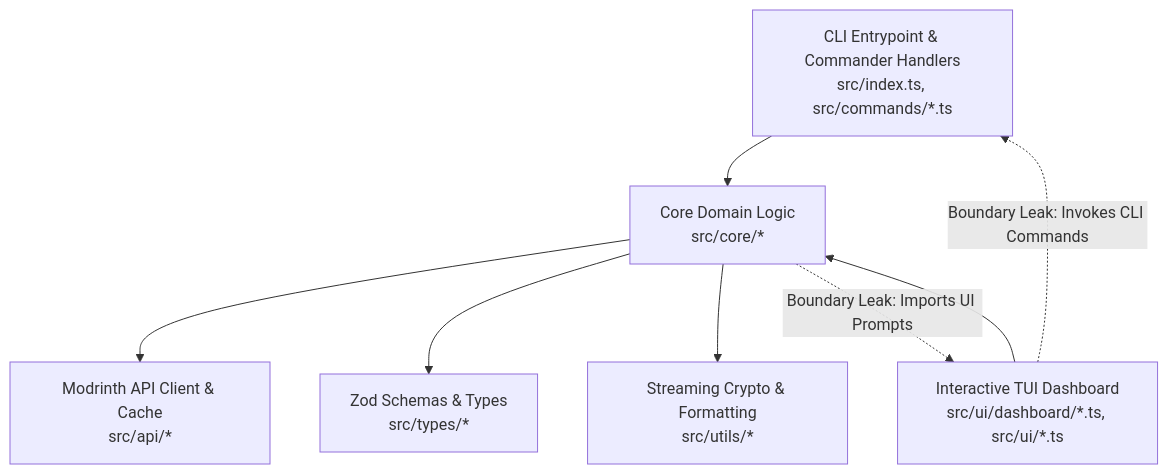
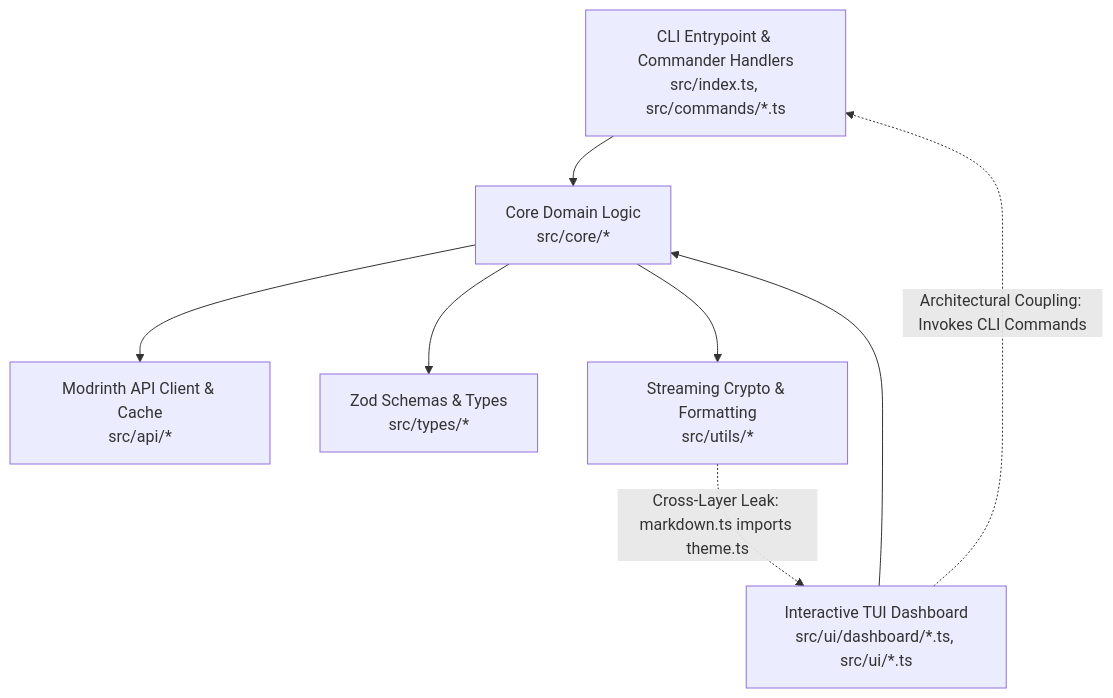
Before and after one commit to 2Hafast8/LoadModer: the diagram in docs/audits/architecture-code-quality-audit-2026-10-02.md, drawn with Mermaid. The commit also changed other lines of this file, not shown here.

Commit message:
docs(audit): complete architecture and code quality audit report

````diff
--- a/docs/audits/architecture-code-quality-audit-2026-10-02.md
+++ b/docs/audits/architecture-code-quality-audit-2026-10-02.md
@@ -60,10 +62,10 @@
 ```mermaid
 graph TD
     CLI[CLI Entrypoint & Commander Handlers<br/>src/index.ts, src/commands/*.ts] --> CORE[Core Domain Logic<br/>src/core/*]
     TUI[Interactive TUI Dashboard<br/>src/ui/dashboard/*.ts, src/ui/*.ts] --> CORE
-    TUI -.->|Boundary Leak: Invokes CLI Commands| CLI
+    TUI -.->|Architectural Coupling: Invokes CLI Commands| CLI
     CORE --> API[Modrinth API Client & Cache<br/>src/api/*]
     CORE --> TYPES[Zod Schemas & Types<br/>src/types/*]
     CORE --> UTILS[Streaming Crypto & Formatting<br/>src/utils/*]
-    CORE -.->|Boundary Leak: Imports UI Prompts| TUI
+    UTILS -.->|Cross-Layer Leak: markdown.ts imports theme.ts| TUI
 ```
````
